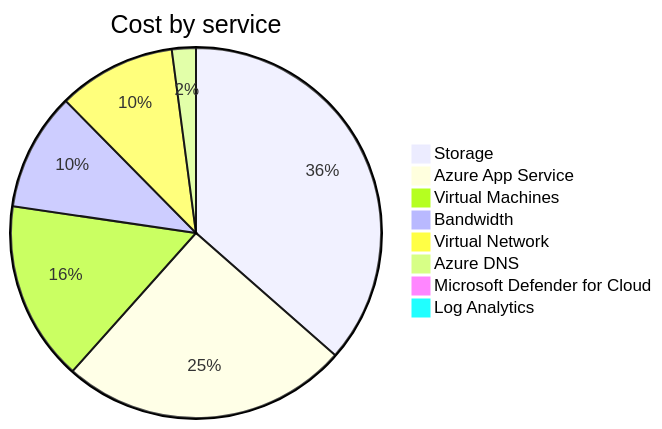
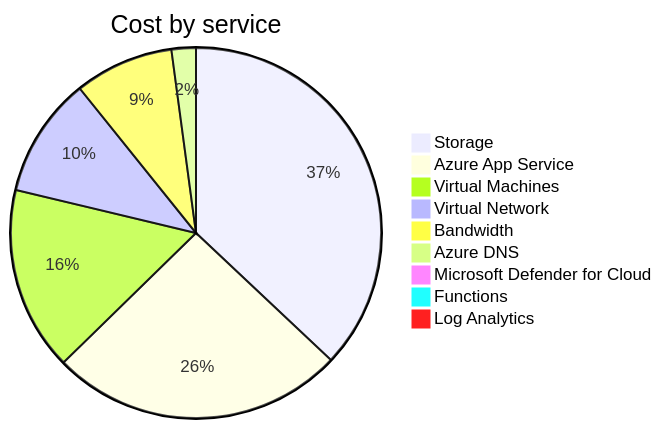
Before and after one commit to jpfulton/azure-personal-reports: the second of 4 diagrams in cost-reports/accumulated-cost.md, drawn with Mermaid. The commit also changed other lines of this file and 4 other files, not shown here.

````diff
--- a/cost-reports/accumulated-cost.md
+++ b/cost-reports/accumulated-cost.md
@@ -102,12 +103,13 @@
 ```mermaid
 pie
    title Cost by service
-   "Storage" : 4.18
-   "Azure App Service" : 2.88
-   "Virtual Machines" : 1.80
+   "Storage" : 5.05
+   "Azure App Service" : 3.50
+   "Virtual Machines" : 2.19
+   "Virtual Network" : 1.43
    "Bandwidth" : 1.18
-   "Virtual Network" : 1.18
-   "Azure DNS" : 0.24
-   "Microsoft Defender for Cloud" : 0.04
+   "Azure DNS" : 0.29
+   "Microsoft Defender for Cloud" : 0.05
+   "Functions" : 0.00
    "Log Analytics" : 0.00
 ```
````
